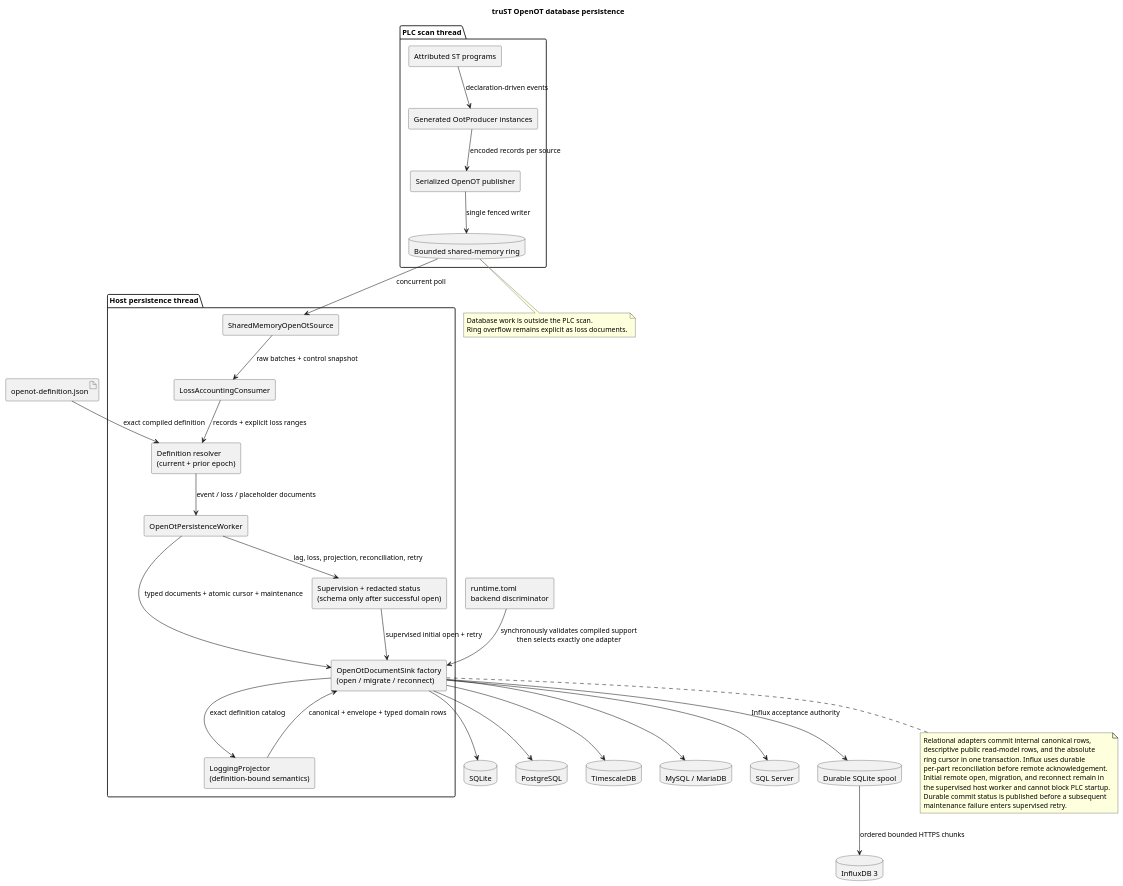
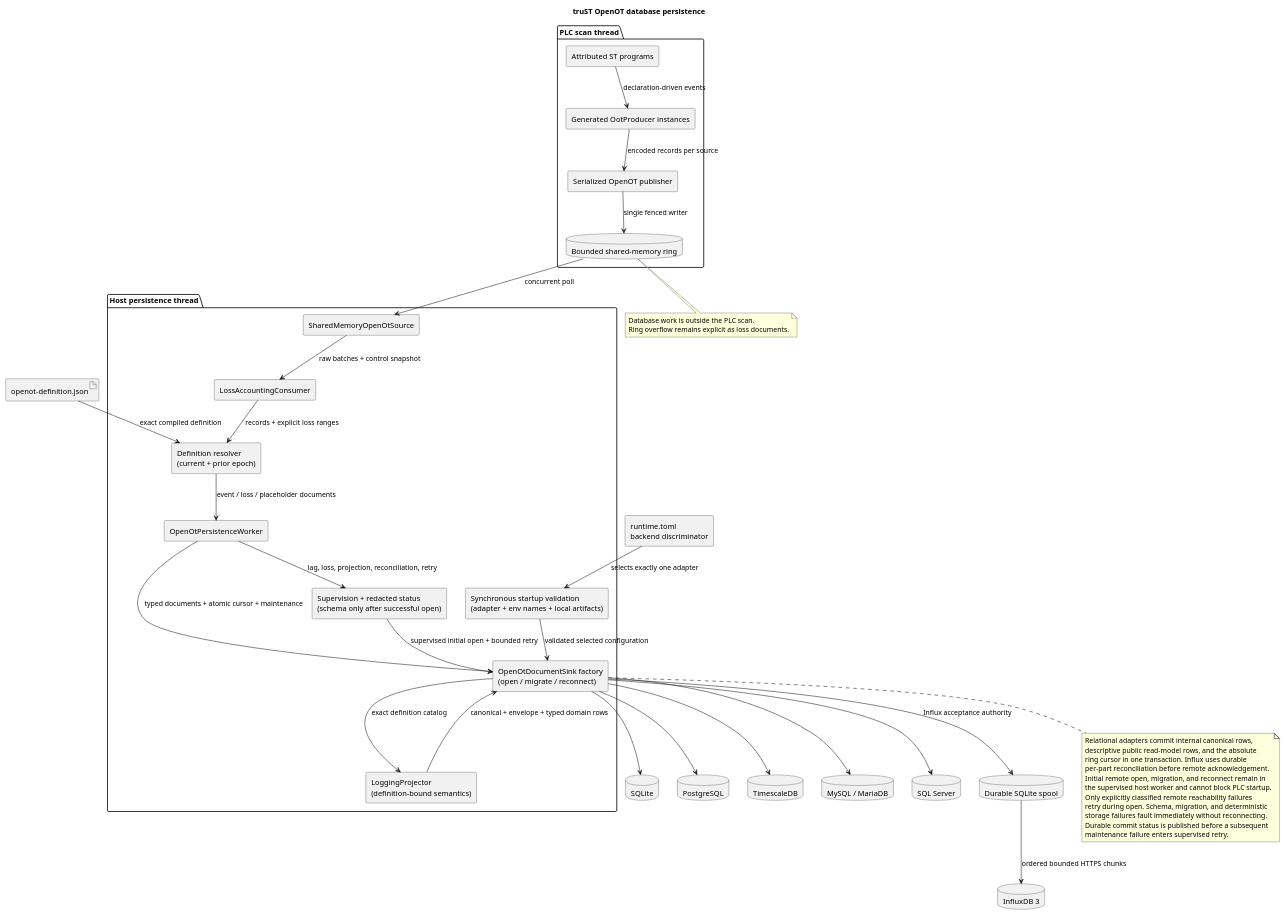
The diagram in docs/diagrams/architecture/openot-database-persistence.puml (johannesPettersson80/trust-platform), drawn with PlantUML before and after one commit. The commit also changed 13 other files, not shown here.

First line of the commit message:
Fix OpenOT startup failure classification

```diff
--- a/docs/diagrams/architecture/openot-database-persistence.puml
+++ b/docs/diagrams/architecture/openot-database-persistence.puml
@@ -1,70 +1,75 @@
 @startuml
 title truST OpenOT database persistence
 skinparam componentStyle rectangle
 
 package "PLC scan thread" {
   component "Attributed ST programs" as st
   component "Generated OotProducer instances" as producers
   component "Serialized OpenOT publisher" as publisher
   database "Bounded shared-memory ring" as ring
   st --> producers : declaration-driven events
   producers --> publisher : encoded records per source
   publisher --> ring : single fenced writer
 }
 
 package "Host persistence thread" {
   component "SharedMemoryOpenOtSource" as source
   component "LossAccountingConsumer" as loss
   component "Definition resolver\n(current + prior epoch)" as resolver
   component "OpenOtPersistenceWorker" as worker
   component "LoggingProjector\n(definition-bound semantics)" as projector
+  component "Synchronous startup validation\n(adapter + env names + local artifacts)" as startup
   component "OpenOtDocumentSink factory\n(open / migrate / reconnect)" as factory
   component "Supervision + redacted status\n(schema only after successful open)" as status
   ring --> source : concurrent poll
   source --> loss : raw batches + control snapshot
   loss --> resolver : records + explicit loss ranges
   resolver --> worker : event / loss / placeholder documents
-  status --> factory : supervised initial open + retry
+  startup --> factory : validated selected configuration
+  status --> factory : supervised initial open + bounded retry
   worker --> factory : typed documents + atomic cursor + maintenance
   factory --> projector : exact definition catalog
   projector --> factory : canonical + envelope + typed domain rows
   worker --> status : lag, loss, projection, reconciliation, retry
 }
 
 artifact "openot-definition.json" as definition
 component "runtime.toml\nbackend discriminator" as toml
 definition --> resolver : exact compiled definition
-toml --> factory : synchronously validates compiled support\nthen selects exactly one adapter
+toml --> startup : selects exactly one adapter
 
 database "SQLite" as sqlite
 database "PostgreSQL" as postgres
 database "TimescaleDB" as timescale
 database "MySQL / MariaDB" as mysql
 database "SQL Server" as sqlserver
 database "InfluxDB 3" as influx
 database "Durable SQLite spool" as spool
 
 factory --> sqlite
 factory --> postgres
 factory --> timescale
 factory --> mysql
 factory --> sqlserver
 factory --> spool : Influx acceptance authority
 spool --> influx : ordered bounded HTTPS chunks
 
 note bottom of ring
 Database work is outside the PLC scan.
 Ring overflow remains explicit as loss documents.
 end note
 
 note bottom of factory
 Relational adapters commit internal canonical rows,
 descriptive public read-model rows, and the absolute
 ring cursor in one transaction. Influx uses durable
 per-part reconciliation before remote acknowledgement.
 Initial remote open, migration, and reconnect remain in
 the supervised host worker and cannot block PLC startup.
+Only explicitly classified remote reachability failures
+retry during open. Schema, migration, and deterministic
+storage failures fault immediately without reconnecting.
 Durable commit status is published before a subsequent
 maintenance failure enters supervised retry.
 end note
 @enduml
```
